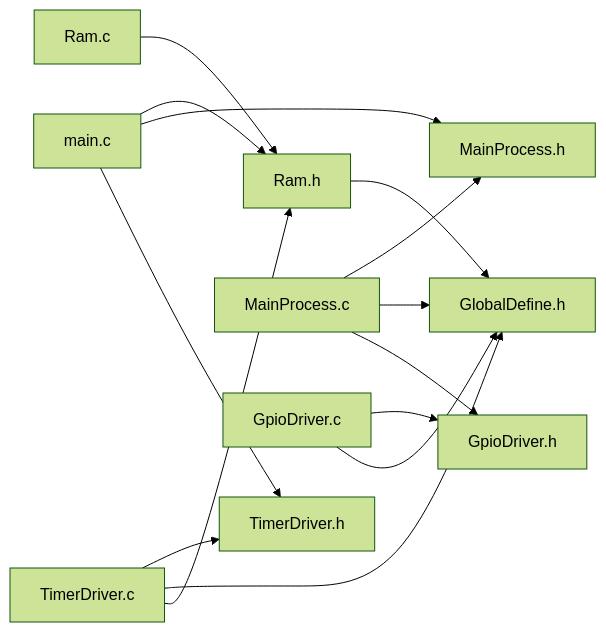
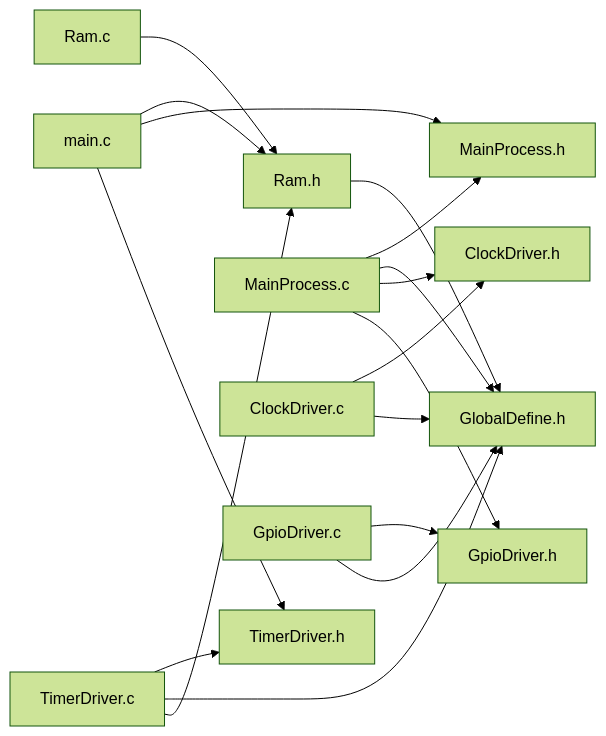
The second of 6 diagrams in Sw/README.md (rodgutzal/Airsoft-MultipurposeGameModeTool), drawn with Mermaid (forest theme) before and after one commit. The commit also changed other lines of this file and 7 other files, not shown here.

Commit message:
Agregar documento de arquitectura y mover el reloj a ClockDriver

````diff
--- a/Sw/README.md
+++ b/Sw/README.md
@@ -69,16 +72,19 @@
 ```mermaid
 flowchart LR
   main_c["main.c"] --> Ram_h["Ram.h"]
   main_c --> MainProcess_h["MainProcess.h"]
   main_c --> TimerDriver_h["TimerDriver.h"]
   Ram_h --> GlobalDefine_h["GlobalDefine.h"]
   Ram_c["Ram.c"] --> Ram_h
   MainProcess_c["MainProcess.c"] --> MainProcess_h
   MainProcess_c --> GlobalDefine_h
+  MainProcess_c --> ClockDriver_h["ClockDriver.h"]
+  ClockDriver_c["ClockDriver.c"] --> ClockDriver_h
+  ClockDriver_c --> GlobalDefine_h
   MainProcess_c --> GpioDriver_h["GpioDriver.h"]
   GpioDriver_c["GpioDriver.c"] --> GpioDriver_h
   GpioDriver_c --> GlobalDefine_h
   TimerDriver_c["TimerDriver.c"] --> TimerDriver_h
   TimerDriver_c --> GlobalDefine_h
   TimerDriver_c --> Ram_h
 ```
````
